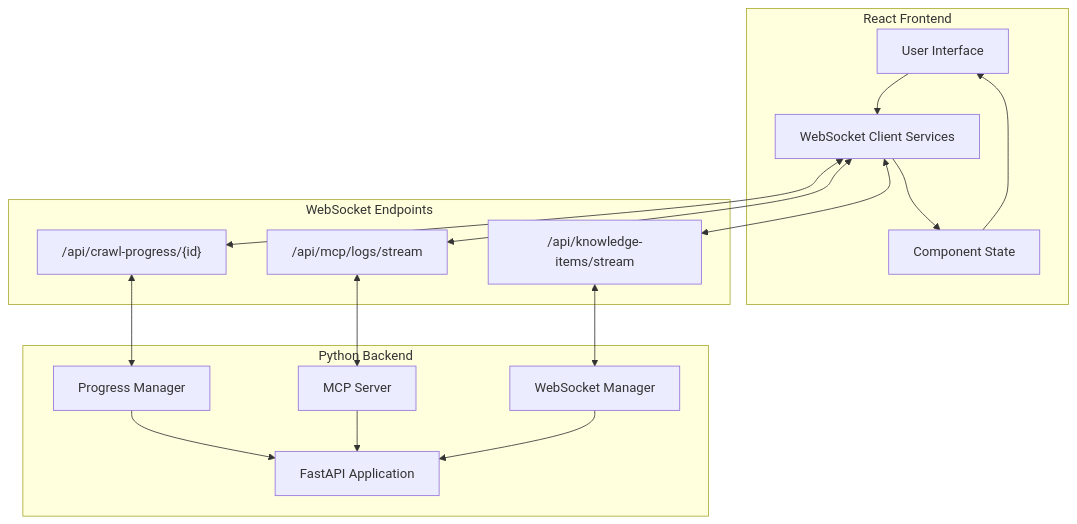
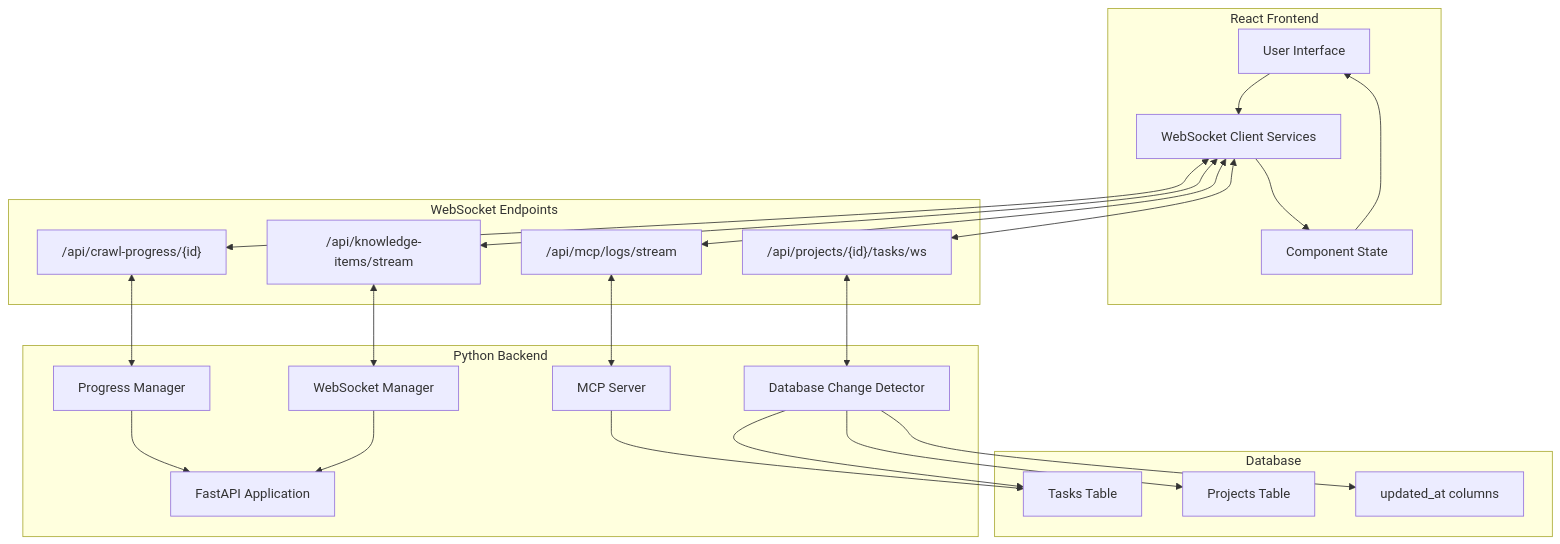
One commit to tarsonis125/mcp-crawl4ai-rag-ChromaDB-V1 changed the diagram in docs/docs/websockets.mdx. Above: the diagram before and after it, drawn with Mermaid. The commit also changed other lines of this file, not shown here.

First line of the commit message:
feat(docs): add MCP-WebSocket Bridge for real-time task updates

````diff
--- a/docs/docs/websockets.mdx
+++ b/docs/docs/websockets.mdx
@@ -21,35 +22,48 @@
 ```mermaid
 graph TB
     subgraph "React Frontend"
         UI[User Interface]
         WS_Client[WebSocket Client Services]
         State[Component State]
     end
     
     subgraph "Python Backend"
         FastAPI[FastAPI Application]
         WS_Manager[WebSocket Manager]
         Progress[Progress Manager]
+        DB_Detector[Database Change Detector]
         MCP[MCP Server]
     end
     
     subgraph "WebSocket Endpoints"
         EP1["/api/crawl-progress/{id}"]
         EP2["/api/mcp/logs/stream"]
         EP3["/api/knowledge-items/stream"]
+        EP4["/api/projects/{id}/tasks/ws"]
+    end
+    
+    subgraph "Database"
+        Tasks[Tasks Table]
+        Projects[Projects Table]
+        Timestamps[updated_at columns]
     end
     
     UI --> WS_Client
     WS_Client <--> EP1
     WS_Client <--> EP2
     WS_Client <--> EP3
+    WS_Client <--> EP4
     EP1 <--> Progress
     EP2 <--> MCP
     EP3 <--> WS_Manager
+    EP4 <--> DB_Detector
     Progress --> FastAPI
-    MCP --> FastAPI
+    MCP --> Tasks
+    DB_Detector --> Tasks
+    DB_Detector --> Projects
+    DB_Detector --> Timestamps
     WS_Manager --> FastAPI
     
     State --> UI
     WS_Client --> State
 ```
````
